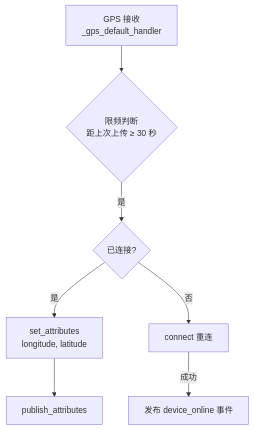
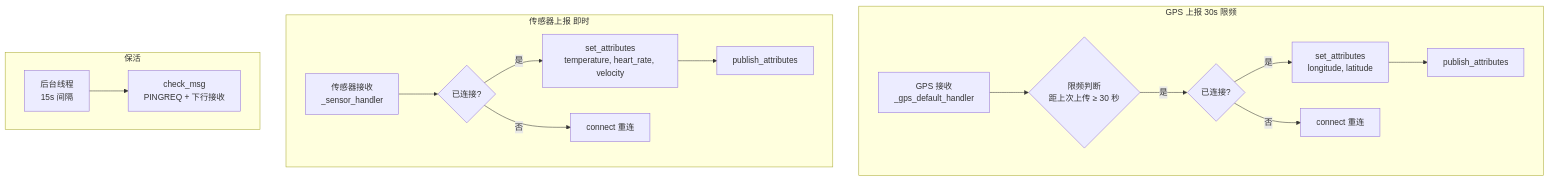
One commit to bingbuxuanji/head changed the fifth of 6 diagrams in src/readme.md. Above: the diagram before and after it, drawn with Mermaid. The commit also changed other lines of this file and 4 other files, not shown here.

````diff
--- a/src/readme.md
+++ b/src/readme.md
@@ -475,9 +476,19 @@
 ```mermaid
 flowchart TD
-    A[GPS 接收<br/>_gps_default_handler] --> B{限频判断<br/>距上次上传 ≥ 30 秒}
-    B -->|是| C{已连接?}
-    C -->|是| D[set_attributes<br/>longitude, latitude]
-    D --> E[publish_attributes]
-    C -->|否| F[connect 重连]
-    F -->|成功| G[发布 device_online 事件]
+    subgraph GPS[GPS 上报 30s 限频]
+        A1[GPS 接收<br/>_gps_default_handler] --> B1{限频判断<br/>距上次上传 ≥ 30 秒}
+        B1 -->|是| C1{已连接?}
+        C1 -->|是| D1[set_attributes<br/>longitude, latitude]
+        D1 --> E1[publish_attributes]
+        C1 -->|否| F1[connect 重连]
+    end
+    subgraph Sensor[传感器上报 即时]
+        A2[传感器接收<br/>_sensor_handler] --> C2{已连接?}
+        C2 -->|是| D2[set_attributes<br/>temperature, heart_rate, velocity]
+        D2 --> E2[publish_attributes]
+        C2 -->|否| F2[connect 重连]
+    end
+    subgraph Keepalive[保活]
+        K1[后台线程<br/>15s 间隔] --> K2[check_msg<br/>PINGREQ + 下行接收]
+    end
 ```
````
